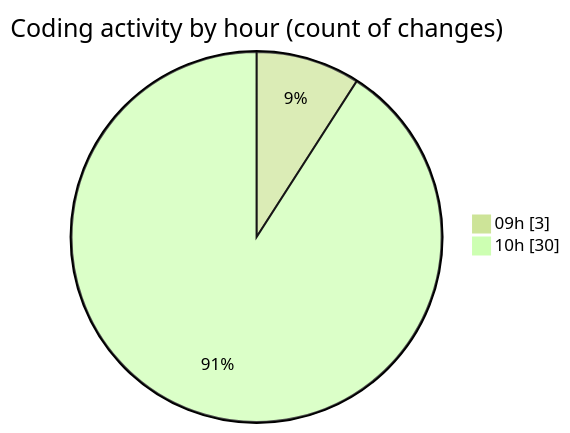
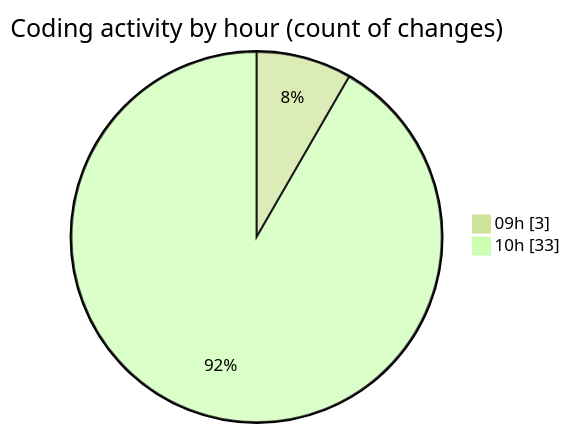
The second of 2 diagrams in 2025-05-19/ecodeli-1/README.md (CELIANVF/code-tracking), drawn with Mermaid (forest theme) before and after one commit. The commit also changed other lines of this file and 1 other file, not shown here.

````diff
--- a/2025-05-19/ecodeli-1/README.md
+++ b/2025-05-19/ecodeli-1/README.md
@@ -43,6 +43,6 @@
 ```mermaid
 pie showData
 title Coding activity by hour (count of changes)
 "09h" : 3
-"10h" : 30
+"10h" : 33
 ```
````
